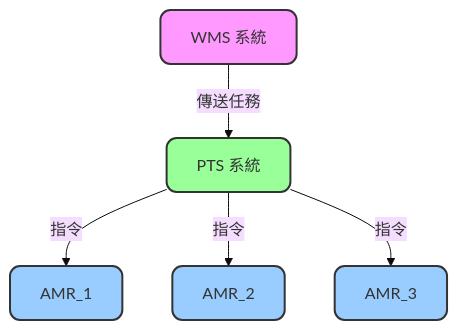
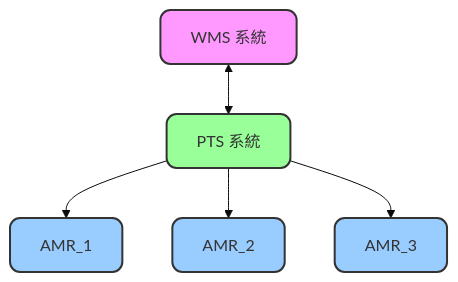
One commit to athena-tircgo/amr-wms-lsj changed the first of 5 diagrams in README.md. Above: the diagram before and after it, drawn with Mermaid (base theme). The commit also changed other lines of this file, not shown here.

````diff
--- a/README.md
+++ b/README.md
@@ -21,22 +22,22 @@
 ```mermaid
 flowchart TD
     %% 節點設定
     style WMS fill:#f9f,stroke:#333,stroke-width:2px,rx:10,ry:10
     style PTS fill:#9f9,stroke:#333,stroke-width:2px,rx:10,ry:10
     style AMR1 fill:#9cf,stroke:#333,stroke-width:2px,rx:10,ry:10
     style AMR2 fill:#9cf,stroke:#333,stroke-width:2px,rx:10,ry:10
     style AMR3 fill:#9cf,stroke:#333,stroke-width:2px,rx:10,ry:10
 
     %% 節點文字
     WMS["WMS 系統"]
     PTS["PTS 系統"]
     AMR1["AMR_1"]
     AMR2["AMR_2"]
     AMR3["AMR_3"]
 
     %% 連線
-    WMS -->|傳送任務| PTS
-    PTS -->|指令| AMR1
-    PTS -->|指令| AMR2
-    PTS -->|指令| AMR3
+    WMS <-->PTS
+    PTS -->AMR1
+    PTS -->AMR2
+    PTS -->AMR3
 ```
````
